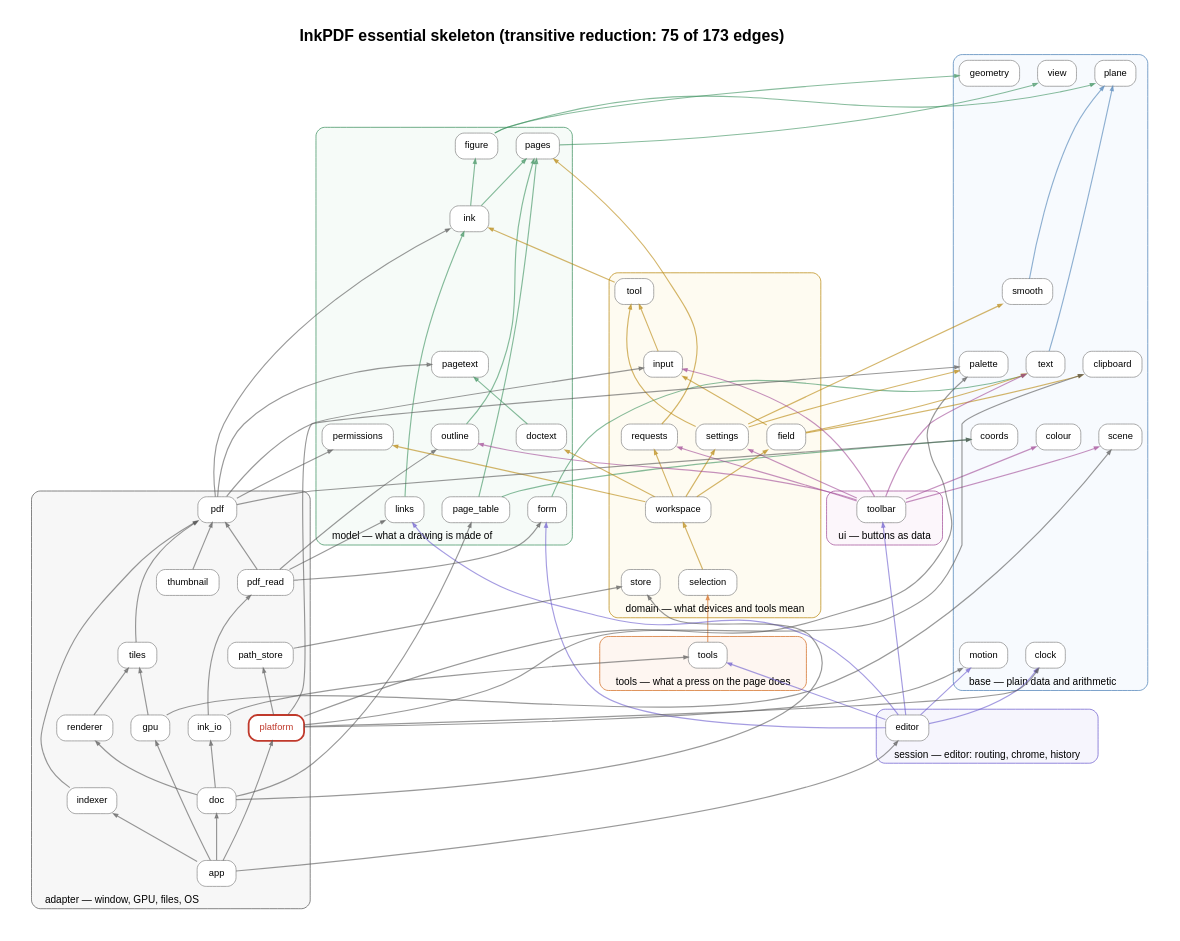
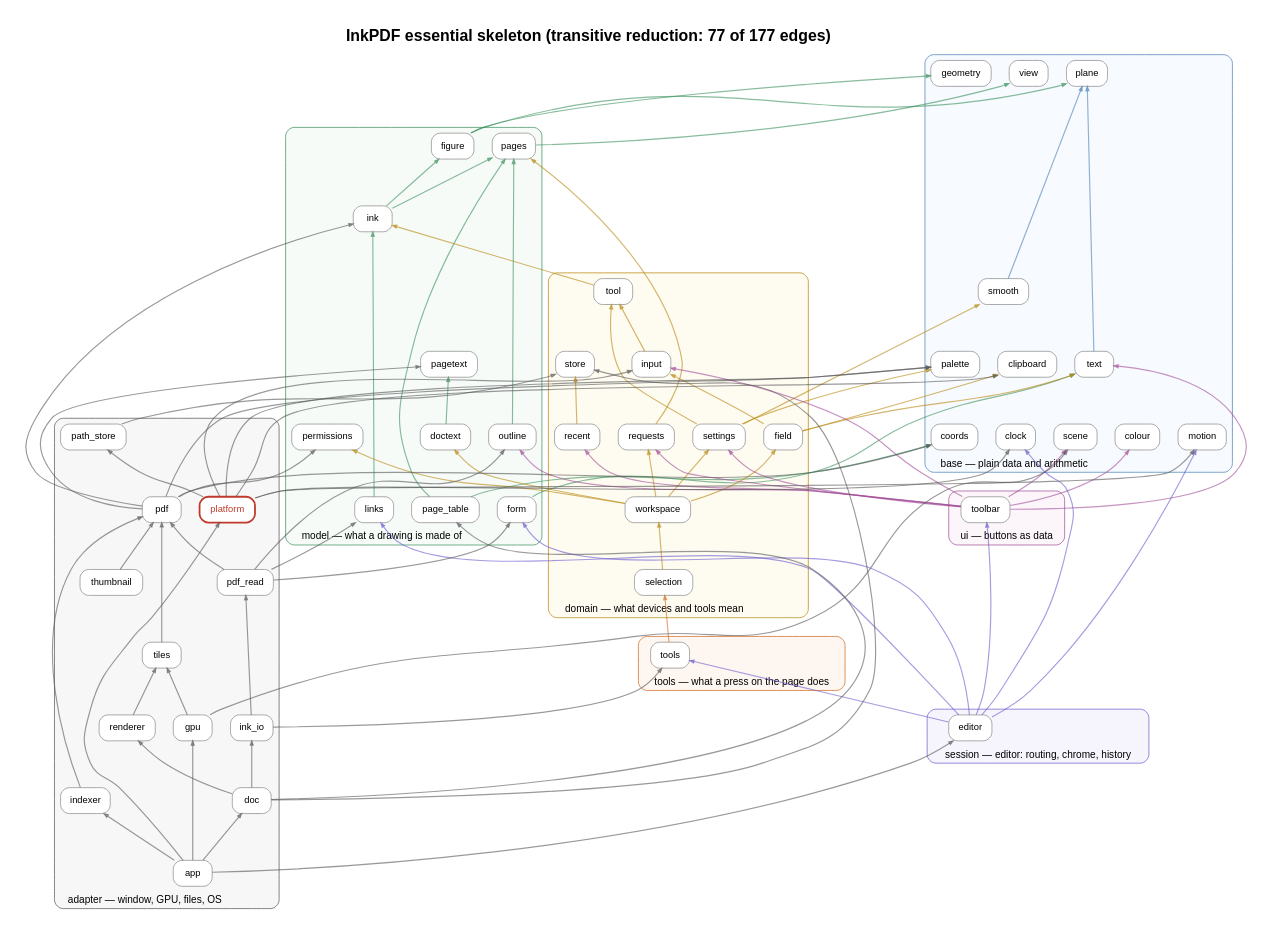
One commit to rajatmo/inkpdf changed the diagram in docs/deps/skeleton.dot. Above: the diagram before and after it, drawn with Graphviz. The commit also changed 50 other files, not shown here.

```diff
--- a/docs/deps/skeleton.dot
+++ b/docs/deps/skeleton.dot
@@ -1,140 +1,143 @@
 digraph G {
 rankdir=BT; newrank=true; compound=true; splines=true; nodesep=0.35; ranksep=0.9; pad=0.4;
-label=<<b>InkPDF essential skeleton (transitive reduction: 75 of 173 edges)</b>>; labelloc=t; fontsize=22; fontname="Helvetica";
+label=<<b>InkPDF essential skeleton (transitive reduction: 77 of 177 edges)</b>>; labelloc=t; fontsize=22; fontname="Helvetica";
 node [shape=box, style="rounded,filled", fontname="Helvetica", fontsize=13, margin="0.14,0.07", color="#888888"];
 edge [arrowsize=0.6];
 subgraph cluster_Base { label="base — plain data and arithmetic"; labeljust=l; fontname="Helvetica"; fontsize=14; style="rounded,filled"; fillcolor="#e8f1fb55"; color="#4a7fb5";
   "clipboard" [fillcolor="white"];
   "clock" [fillcolor="white"];
   "colour" [fillcolor="white"];
   "coords" [fillcolor="white"];
   "geometry" [fillcolor="white"];
   "motion" [fillcolor="white"];
   "palette" [fillcolor="white"];
   "plane" [fillcolor="white"];
   "scene" [fillcolor="white"];
   "smooth" [fillcolor="white"];
   "text" [fillcolor="white"];
   "view" [fillcolor="white"];
 }
 subgraph cluster_Model { label="model — what a drawing is made of"; labeljust=l; fontname="Helvetica"; fontsize=14; style="rounded,filled"; fillcolor="#e3f4ea55"; color="#3a8f5c";
   "doctext" [fillcolor="white"];
   "figure" [fillcolor="white"];
   "form" [fillcolor="white"];
   "ink" [fillcolor="white"];
   "links" [fillcolor="white"];
   "outline" [fillcolor="white"];
   "page_table" [fillcolor="white"];
   "pages" [fillcolor="white"];
   "pagetext" [fillcolor="white"];
   "permissions" [fillcolor="white"];
 }
 subgraph cluster_Domain { label="domain — what devices and tools mean"; labeljust=l; fontname="Helvetica"; fontsize=14; style="rounded,filled"; fillcolor="#fdf3d655"; color="#b8860b";
   "field" [fillcolor="white"];
   "input" [fillcolor="white"];
+  "recent" [fillcolor="white"];
   "requests" [fillcolor="white"];
   "selection" [fillcolor="white"];
   "settings" [fillcolor="white"];
   "store" [fillcolor="white"];
   "tool" [fillcolor="white"];
   "workspace" [fillcolor="white"];
 }
 subgraph cluster_Ui { label="ui — buttons as data"; labeljust=l; fontname="Helvetica"; fontsize=14; style="rounded,filled"; fillcolor="#f6e4f355"; color="#a14a96";
   "toolbar" [fillcolor="white"];
 }
 subgraph cluster_Tools { label="tools — what a press on the page does"; labeljust=l; fontname="Helvetica"; fontsize=14; style="rounded,filled"; fillcolor="#fde5d455"; color="#d2691e";
   "tools" [fillcolor="white"];
 }
 subgraph cluster_Session { label="session — editor: routing, chrome, history"; labeljust=l; fontname="Helvetica"; fontsize=14; style="rounded,filled"; fillcolor="#e4e1f855"; color="#6a5acd";
   "editor" [fillcolor="white"];
 }
 subgraph cluster_Adapter { label="adapter — window, GPU, files, OS"; labeljust=l; fontname="Helvetica"; fontsize=14; style="rounded,filled"; fillcolor="#e6e6e655"; color="#555555";
   "app" [fillcolor="white"];
   "doc" [fillcolor="white"];
   "gpu" [fillcolor="white"];
   "indexer" [fillcolor="white"];
   "ink_io" [fillcolor="white"];
   "path_store" [fillcolor="white"];
   "pdf" [fillcolor="white"];
   "pdf_read" [fillcolor="white"];
   "platform" [fillcolor="white" penwidth=2.5 color="#c0392b" fontcolor="#c0392b"];
   "renderer" [fillcolor="white"];
   "thumbnail" [fillcolor="white"];
   "tiles" [fillcolor="white"];
 }
 "app" -> "doc" [color="#55555599", penwidth=1.60, tooltip="3 uses"];
 "app" -> "editor" [color="#55555599", penwidth=1.60, tooltip="6 uses"];
 "app" -> "gpu" [color="#55555599", penwidth=1.60, tooltip="5 uses"];
 "app" -> "indexer" [color="#55555599", penwidth=1.60, tooltip="2 uses"];
 "app" -> "platform" [color="#55555599", penwidth=1.60, tooltip="2 uses"];
 "doc" -> "ink_io" [color="#55555599", penwidth=1.60, tooltip="1 uses"];
 "doc" -> "page_table" [color="#55555599", penwidth=1.60, tooltip="2 uses"];
 "doc" -> "renderer" [color="#55555599", penwidth=1.60, tooltip="1 uses"];
 "doc" -> "store" [color="#55555599", penwidth=1.60, tooltip="1 uses"];
 "doctext" -> "pagetext" [color="#3a8f5c99", penwidth=1.60, tooltip="1 uses"];
 "editor" -> "clock" [color="#6a5acd99", penwidth=1.60, tooltip="1 uses"];
 "editor" -> "form" [color="#6a5acd99", penwidth=1.60, tooltip="4 uses"];
 "editor" -> "links" [color="#6a5acd99", penwidth=1.60, tooltip="5 uses"];
 "editor" -> "motion" [color="#6a5acd99", penwidth=1.60, tooltip="4 uses"];
-"editor" -> "toolbar" [color="#6a5acd99", penwidth=1.60, tooltip="22 uses"];
+"editor" -> "toolbar" [color="#6a5acd99", penwidth=1.60, tooltip="23 uses"];
 "editor" -> "tools" [color="#6a5acd99", penwidth=1.60, tooltip="13 uses"];
 "field" -> "clipboard" [color="#b8860b99", penwidth=1.60, tooltip="1 uses"];
 "field" -> "input" [color="#b8860b99", penwidth=1.60, tooltip="1 uses"];
 "field" -> "text" [color="#b8860b99", penwidth=1.60, tooltip="1 uses"];
 "figure" -> "geometry" [color="#3a8f5c99", penwidth=1.60, tooltip="1 uses"];
 "figure" -> "plane" [color="#3a8f5c99", penwidth=1.60, tooltip="1 uses"];
 "form" -> "text" [color="#3a8f5c99", penwidth=1.60, tooltip="1 uses"];
 "gpu" -> "scene" [color="#55555599", penwidth=1.60, tooltip="1 uses"];
 "gpu" -> "tiles" [color="#55555599", penwidth=1.60, tooltip="2 uses"];
 "indexer" -> "pdf" [color="#55555599", penwidth=1.60, tooltip="1 uses"];
 "ink" -> "figure" [color="#3a8f5c99", penwidth=1.60, tooltip="3 uses"];
 "ink" -> "pages" [color="#3a8f5c99", penwidth=1.60, tooltip="3 uses"];
 "ink_io" -> "pdf_read" [color="#55555599", penwidth=1.60, tooltip="3 uses"];
 "ink_io" -> "tools" [color="#55555599", penwidth=1.60, tooltip="1 uses"];
 "input" -> "tool" [color="#b8860b99", penwidth=1.60, tooltip="1 uses"];
 "links" -> "ink" [color="#3a8f5c99", penwidth=1.60, tooltip="1 uses"];
 "outline" -> "pages" [color="#3a8f5c99", penwidth=1.60, tooltip="1 uses"];
 "page_table" -> "coords" [color="#3a8f5c99", penwidth=1.60, tooltip="1 uses"];
 "page_table" -> "pages" [color="#3a8f5c99", penwidth=1.60, tooltip="1 uses"];
 "pages" -> "view" [color="#3a8f5c99", penwidth=1.60, tooltip="1 uses"];
 "path_store" -> "store" [color="#55555599", penwidth=1.60, tooltip="1 uses"];
 "pdf" -> "coords" [color="#55555599", penwidth=1.60, tooltip="2 uses"];
 "pdf" -> "ink" [color="#55555599", penwidth=1.60, tooltip="2 uses"];
 "pdf" -> "pagetext" [color="#55555599", penwidth=1.60, tooltip="2 uses"];
 "pdf" -> "palette" [color="#55555599", penwidth=1.60, tooltip="2 uses"];
 "pdf" -> "permissions" [color="#55555599", penwidth=1.60, tooltip="1 uses"];
 "pdf_read" -> "form" [color="#55555599", penwidth=1.60, tooltip="1 uses"];
 "pdf_read" -> "links" [color="#55555599", penwidth=1.60, tooltip="1 uses"];
 "pdf_read" -> "outline" [color="#55555599", penwidth=1.60, tooltip="1 uses"];
 "pdf_read" -> "pdf" [color="#55555599", penwidth=1.60, tooltip="1 uses"];
 "platform" -> "clipboard" [color="#55555599", penwidth=1.60, tooltip="5 uses"];
 "platform" -> "clock" [color="#55555599", penwidth=1.60, tooltip="5 uses"];
 "platform" -> "input" [color="#55555599", penwidth=1.60, tooltip="18 uses"];
 "platform" -> "motion" [color="#55555599", penwidth=1.60, tooltip="10 uses"];
 "platform" -> "palette" [color="#55555599", penwidth=1.60, tooltip="13 uses"];
 "platform" -> "path_store" [color="#55555599", penwidth=1.60, tooltip="2 uses"];
+"recent" -> "store" [color="#b8860b99", penwidth=1.60, tooltip="1 uses"];
 "renderer" -> "tiles" [color="#55555599", penwidth=1.60, tooltip="1 uses"];
 "requests" -> "pages" [color="#b8860b99", penwidth=1.60, tooltip="1 uses"];
 "selection" -> "workspace" [color="#b8860b99", penwidth=1.60, tooltip="1 uses"];
 "settings" -> "palette" [color="#b8860b99", penwidth=1.60, tooltip="1 uses"];
 "settings" -> "smooth" [color="#b8860b99", penwidth=1.60, tooltip="1 uses"];
 "settings" -> "tool" [color="#b8860b99", penwidth=1.60, tooltip="1 uses"];
 "smooth" -> "plane" [color="#4a7fb599", penwidth=1.60, tooltip="1 uses"];
 "text" -> "plane" [color="#4a7fb599", penwidth=1.60, tooltip="3 uses"];
 "thumbnail" -> "pdf" [color="#55555599", penwidth=1.60, tooltip="1 uses"];
 "tiles" -> "pdf" [color="#55555599", penwidth=1.60, tooltip="1 uses"];
 "tool" -> "ink" [color="#b8860b99", penwidth=1.60, tooltip="4 uses"];
 "toolbar" -> "colour" [color="#a14a9699", penwidth=1.60, tooltip="1 uses"];
 "toolbar" -> "input" [color="#a14a9699", penwidth=1.60, tooltip="1 uses"];
 "toolbar" -> "outline" [color="#a14a9699", penwidth=1.60, tooltip="1 uses"];
+"toolbar" -> "recent" [color="#a14a9699", penwidth=1.60, tooltip="1 uses"];
 "toolbar" -> "requests" [color="#a14a9699", penwidth=1.60, tooltip="1 uses"];
 "toolbar" -> "scene" [color="#a14a9699", penwidth=1.60, tooltip="18 uses"];
 "toolbar" -> "settings" [color="#a14a9699", penwidth=1.60, tooltip="1 uses"];
-"toolbar" -> "text" [color="#a14a9699", penwidth=1.60, tooltip="5 uses"];
+"toolbar" -> "text" [color="#a14a9699", penwidth=1.60, tooltip="6 uses"];
 "tools" -> "selection" [color="#d2691e99", penwidth=1.60, tooltip="1 uses"];
 "workspace" -> "doctext" [color="#b8860b99", penwidth=1.60, tooltip="2 uses"];
 "workspace" -> "field" [color="#b8860b99", penwidth=1.60, tooltip="2 uses"];
 "workspace" -> "permissions" [color="#b8860b99", penwidth=1.60, tooltip="2 uses"];
 "workspace" -> "requests" [color="#b8860b99", penwidth=1.60, tooltip="1 uses"];
 "workspace" -> "settings" [color="#b8860b99", penwidth=1.60, tooltip="1 uses"];
 }
```
